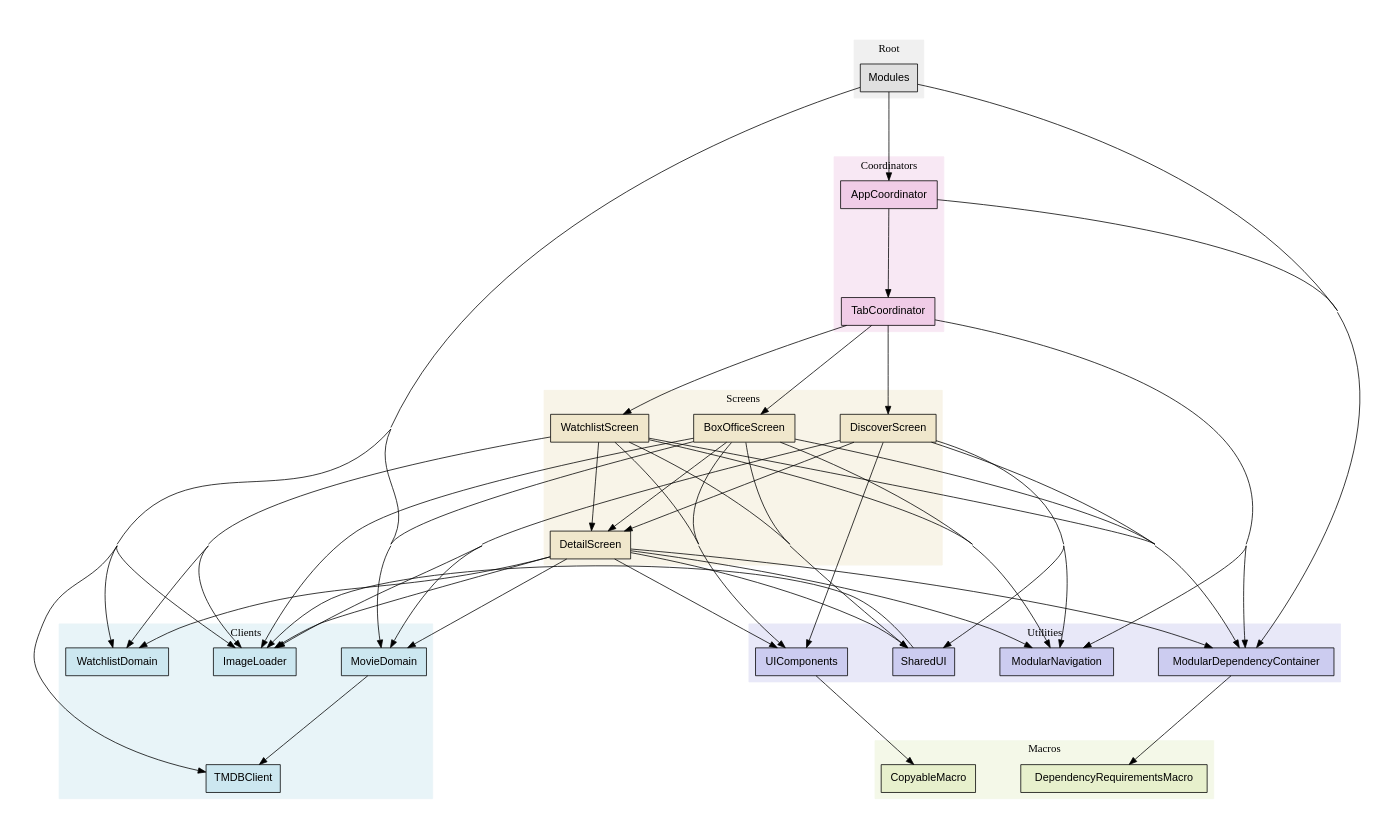
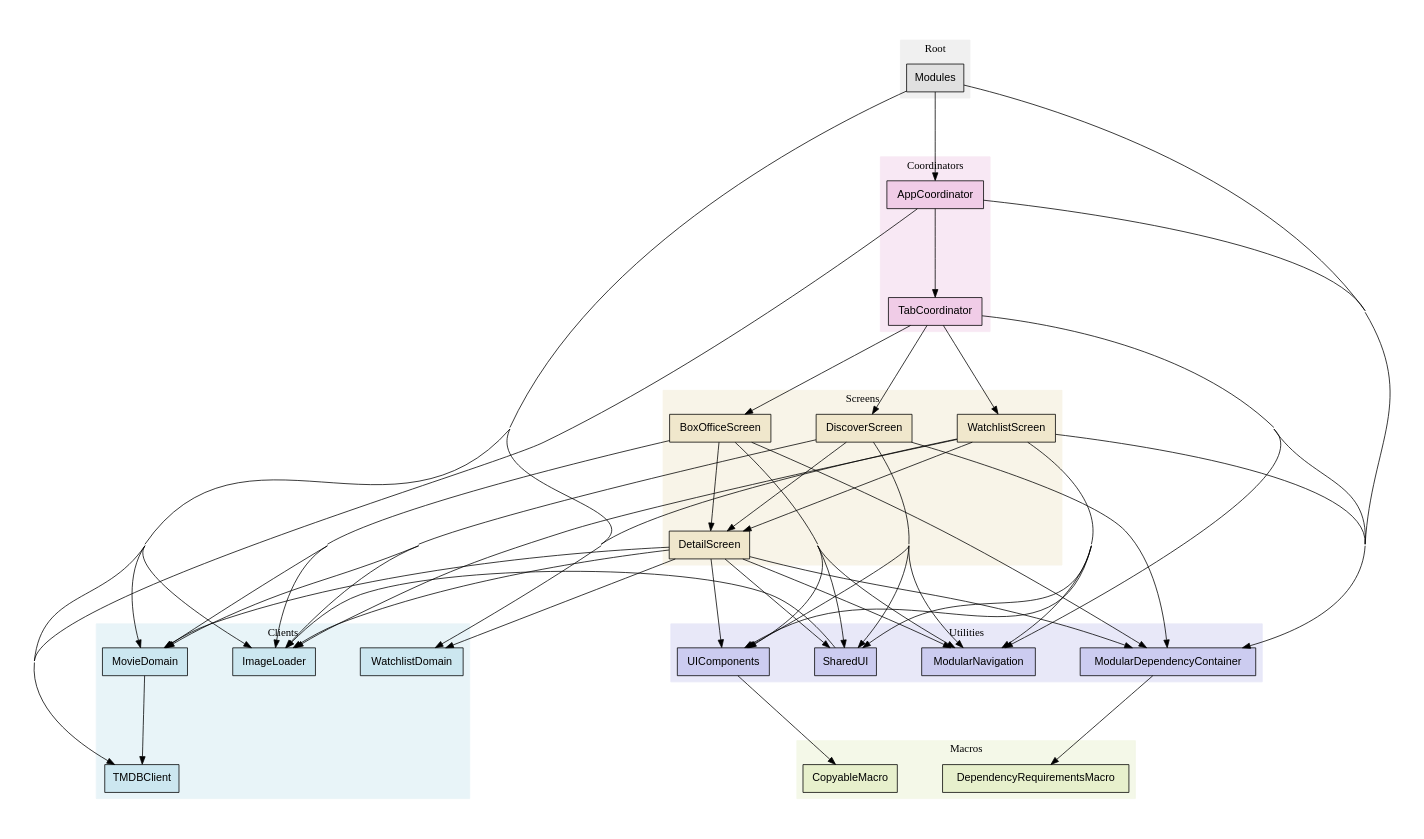
The diagram in dependency-graph-modules.dot (stephane-at-hatch/DIDemo), drawn with Graphviz before and after one commit. The commit also changed 43 other files, not shown here.

Commit message:
Add TMDBClient to the app

```diff
--- a/dependency-graph-modules.dot
+++ b/dependency-graph-modules.dot
@@ -1,116 +1,117 @@
 digraph ModuleDependencies {
     rankdir=TB;
     ranksep=1.6;
     nodesep=0.8;
     pad=0.5;
     compound=true;
     concentrate=true;
     splines=spline;
     node [shape=box, style=filled, fontname="Helvetica"];
 
     subgraph cluster_utilities {
         label="Utilities";
         style=filled;
         color="#e8e8f8";
 
         ModularDependencyContainer [label="ModularDependencyContainer", fillcolor="#ccccf0"];
         ModularNavigation [label="ModularNavigation", fillcolor="#ccccf0"];
         SharedUI [label="SharedUI", fillcolor="#ccccf0"];
         UIComponents [label="UIComponents", fillcolor="#ccccf0"];
     }
 
     subgraph cluster_clients {
         label="Clients";
         style=filled;
         color="#e8f4f8";
 
         ImageLoader [label="ImageLoader", fillcolor="#cce7f0"];
         MovieDomain [label="MovieDomain", fillcolor="#cce7f0"];
         TMDBClient [label="TMDBClient", fillcolor="#cce7f0"];
         WatchlistDomain [label="WatchlistDomain", fillcolor="#cce7f0"];
     }
 
     subgraph cluster_screens {
         label="Screens";
         style=filled;
         color="#f8f4e8";
 
         BoxOfficeScreen [label="BoxOfficeScreen", fillcolor="#f0e7cc"];
         DetailScreen [label="DetailScreen", fillcolor="#f0e7cc"];
         DiscoverScreen [label="DiscoverScreen", fillcolor="#f0e7cc"];
         WatchlistScreen [label="WatchlistScreen", fillcolor="#f0e7cc"];
     }
 
     subgraph cluster_coordinators {
         label="Coordinators";
         style=filled;
         color="#f8e8f4";
 
         AppCoordinator [label="AppCoordinator", fillcolor="#f0cce7"];
         TabCoordinator [label="TabCoordinator", fillcolor="#f0cce7"];
     }
 
     subgraph cluster_macros {
         label="Macros";
         style=filled;
         color="#f4f8e8";
 
         CopyableMacro [label="CopyableMacro", fillcolor="#e7f0cc"];
         DependencyRequirementsMacro [label="DependencyRequirementsMacro", fillcolor="#e7f0cc"];
     }
 
     subgraph cluster_root {
         label="Root";
         style=filled;
         color="#f0f0f0";
 
         Modules [label="Modules", fillcolor="#e0e0e0"];
     }
 
     // Dependencies
     Modules -> ModularDependencyContainer;
     Modules -> TMDBClient;
     Modules -> ImageLoader;
     Modules -> MovieDomain;
     Modules -> WatchlistDomain;
     Modules -> AppCoordinator;
     AppCoordinator -> ModularDependencyContainer;
     AppCoordinator -> TabCoordinator;
+    AppCoordinator -> TMDBClient;
     TabCoordinator -> ModularDependencyContainer;
     TabCoordinator -> BoxOfficeScreen;
     TabCoordinator -> DiscoverScreen;
     TabCoordinator -> WatchlistScreen;
     TabCoordinator -> ModularNavigation;
     BoxOfficeScreen -> ModularDependencyContainer;
     BoxOfficeScreen -> ModularNavigation;
     BoxOfficeScreen -> MovieDomain;
     BoxOfficeScreen -> ImageLoader;
     BoxOfficeScreen -> DetailScreen;
     BoxOfficeScreen -> UIComponents;
     BoxOfficeScreen -> SharedUI;
     DiscoverScreen -> ModularDependencyContainer;
     DiscoverScreen -> ModularNavigation;
     DiscoverScreen -> MovieDomain;
     DiscoverScreen -> ImageLoader;
     DiscoverScreen -> DetailScreen;
     DiscoverScreen -> UIComponents;
     DiscoverScreen -> SharedUI;
     DetailScreen -> ModularDependencyContainer;
     DetailScreen -> ModularNavigation;
     DetailScreen -> MovieDomain;
     DetailScreen -> WatchlistDomain;
     DetailScreen -> ImageLoader;
     DetailScreen -> UIComponents;
     DetailScreen -> SharedUI;
     WatchlistScreen -> ModularDependencyContainer;
     WatchlistScreen -> ModularNavigation;
     WatchlistScreen -> WatchlistDomain;
     WatchlistScreen -> ImageLoader;
     WatchlistScreen -> DetailScreen;
     WatchlistScreen -> UIComponents;
     WatchlistScreen -> SharedUI;
     MovieDomain -> TMDBClient;
     ModularDependencyContainer -> DependencyRequirementsMacro;
     SharedUI -> ImageLoader;
     UIComponents -> CopyableMacro;
 }
```
